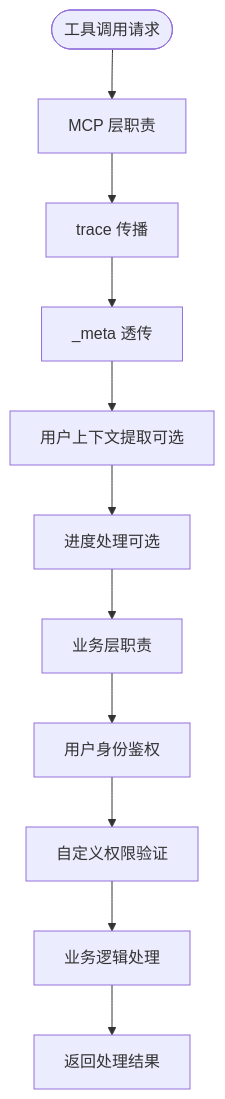
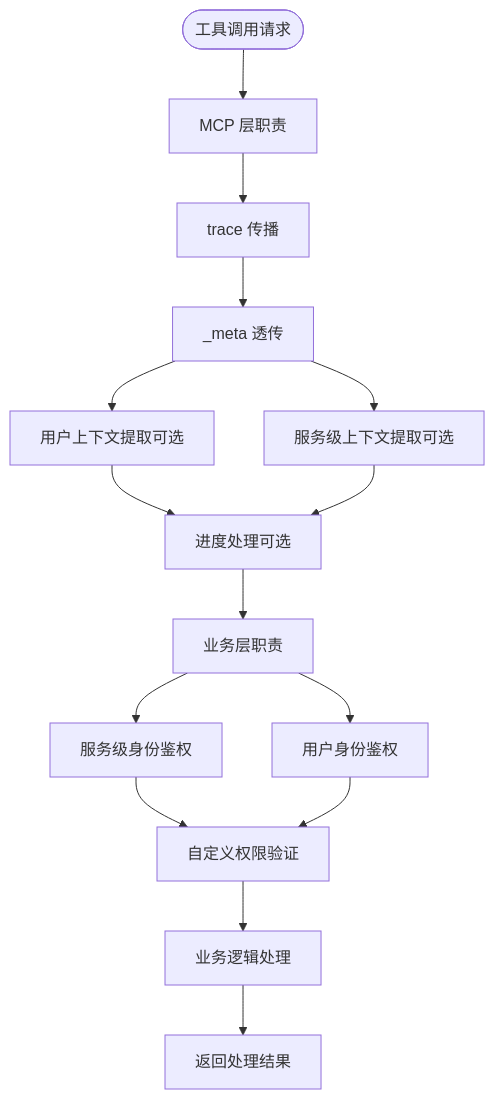
Before and after one commit to maomao94/zero-service: the eighth of 10 diagrams in .qoder/repowiki/zh/content/Mcpx Authentication System.md, drawn with Mermaid. The commit also changed other lines of this file and 58 other files, not shown here.

````diff
--- a/.qoder/repowiki/zh/content/Mcpx Authentication System.md
+++ b/.qoder/repowiki/zh/content/Mcpx Authentication System.md
@@ -452,13 +422,17 @@
 ```mermaid
 flowchart TD
 Start([工具调用请求]) --> MCPLevel["MCP 层职责"]
 MCPLevel --> TracePropagation["trace 传播"]
 TracePropagation --> MetaPassThrough["_meta 透传"]
 MetaPassThrough --> UserCtxExtraction["用户上下文提取可选"]
+MetaPassThrough --> ServiceCtxExtraction["服务级上下文提取可选"]
 UserCtxExtraction --> ProgressHandling["进度处理可选"]
+ServiceCtxExtraction --> ProgressHandling
 ProgressHandling --> BusinessLevel["业务层职责"]
 BusinessLevel --> UserAuth["用户身份鉴权"]
-UserAuth --> CustomValidation["自定义权限验证"]
+BusinessLevel --> ServiceAuth["服务级身份鉴权"]
+ServiceAuth --> CustomValidation["自定义权限验证"]
+UserAuth --> CustomValidation
 CustomValidation --> BusinessLogic["业务逻辑处理"]
 BusinessLogic --> Response["返回处理结果"]
 ```
````
